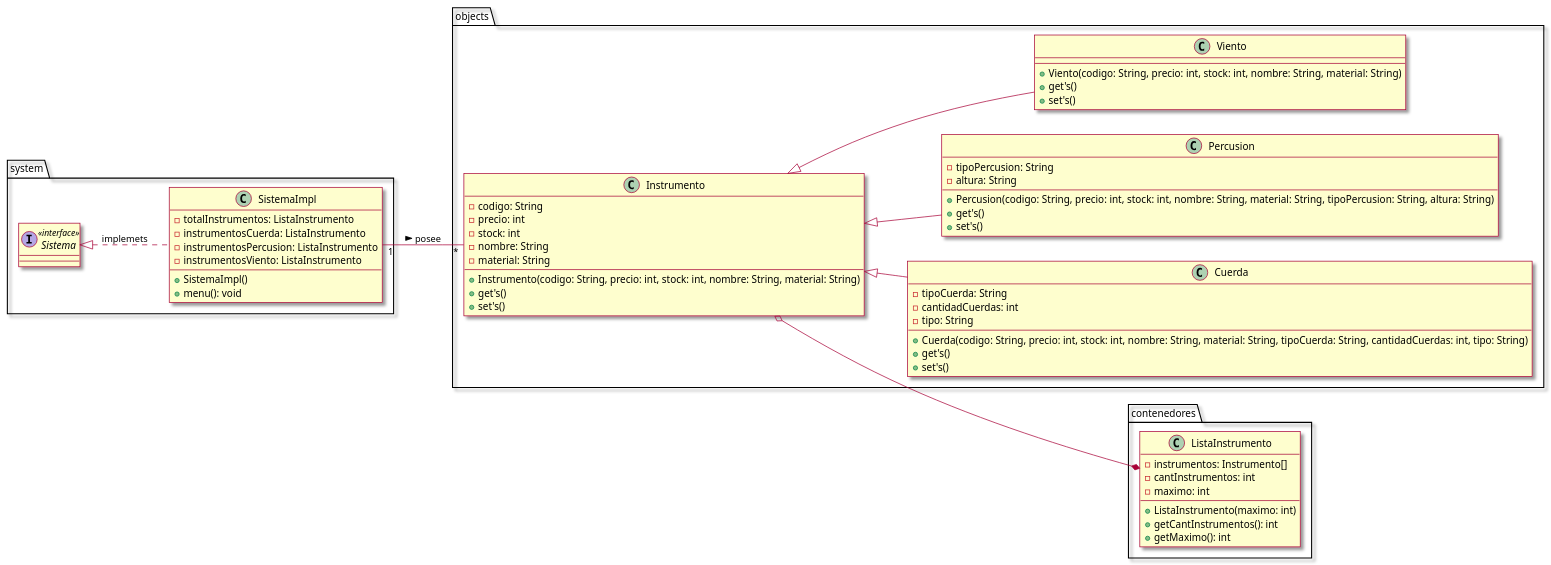
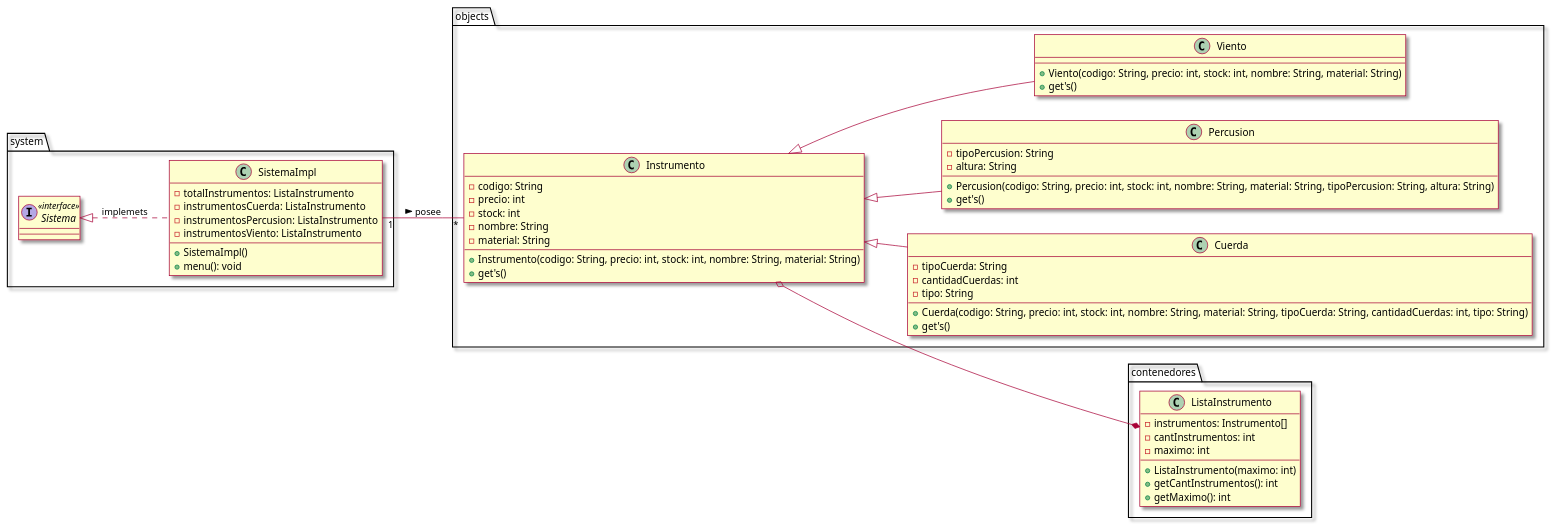
One commit to ProMDFK123/Taller3 changed the diagram in src/clase.puml. Above: the diagram before and after it, drawn with PlantUML. The commit also changed 4 other files, not shown here.

```diff
--- a/src/clase.puml
+++ b/src/clase.puml
@@ -1,78 +1,75 @@
 @startuml
 left to right direction
 skin rose
 
 package objects{
     Class Instrumento{
         -codigo: String
         -precio: int
         -stock: int
         -nombre: String
         -material: String
 
         +Instrumento(codigo: String, precio: int, stock: int, nombre: String, material: String)
         +get's()
-        +set's()
     }
 
     Class Cuerda{
         -tipoCuerda: String
         -cantidadCuerdas: int
         -tipo: String
 
         +Cuerda(codigo: String, precio: int, stock: int, nombre: String, material: String, tipoCuerda: String, cantidadCuerdas: int, tipo: String)
         +get's()
-        +set's()
     }
 
     Class Percusion{
         -tipoPercusion: String
         -altura: String
 
         +Percusion(codigo: String, precio: int, stock: int, nombre: String, material: String, tipoPercusion: String, altura: String)
         +get's()
-        +set's()
+
     }
 
     Class Viento{
         +Viento(codigo: String, precio: int, stock: int, nombre: String, material: String)
         +get's()
-        +set's()
     }
 }
 
 Instrumento^--Cuerda
 Instrumento^--Percusion
 Instrumento^--Viento
 
 package contenedores{
     Class ListaInstrumento{
         -instrumentos: Instrumento[]
         -cantInstrumentos: int
         -maximo: int
 
         +ListaInstrumento(maximo: int)
         +getCantInstrumentos(): int
         +getMaximo(): int
     }
 }
 
 Instrumento o--* ListaInstrumento
 
 package system{
     interface Sistema <<interface>>{}
 
     Class SistemaImpl{
         -totalInstrumentos: ListaInstrumento
         -instrumentosCuerda: ListaInstrumento
         -instrumentosPercusion: ListaInstrumento
         -instrumentosViento: ListaInstrumento
 
         +SistemaImpl()
         +menu(): void
     }
 }
 
 Sistema^..SistemaImpl: implemets
 SistemaImpl"1"--"*"Instrumento:  posee >
 @enduml
```
